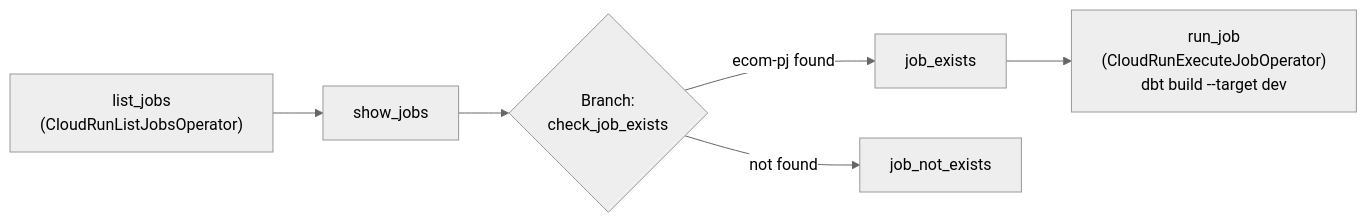
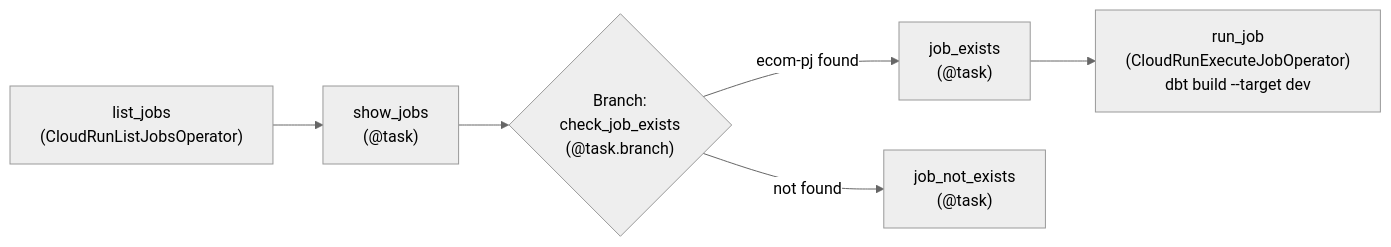
The fourth of 5 diagrams in airflow/README.md (candychen00/faker-ecom-project__airflow_dbt), drawn with Mermaid (neutral theme) before and after one commit. The commit also changed other lines of this file, not shown here.

````diff
--- a/airflow/README.md
+++ b/airflow/README.md
@@ -190,9 +190,9 @@
 ```mermaid
 flowchart LR
     A["list_jobs<br>(CloudRunListJobsOperator)"]
-    A --> B[show_jobs]
-    B --> C{Branch: <br>check_job_exists}
-    C -- "ecom-pj found" --> D[job_exists]
-    C -- "not found" --> E[job_not_exists]
+    A --> B["show_jobs<br>(@task)"]
+    B --> C{"Branch: <br>check_job_exists<br>(@task.branch)"}
+    C -- "ecom-pj found" --> D["job_exists<br>(@task)"]
+    C -- "not found" --> E["job_not_exists<br>(@task)"]
     D --> F["run_job<br>(CloudRunExecuteJobOperator)<br>dbt build --target dev"]
 ```
````
